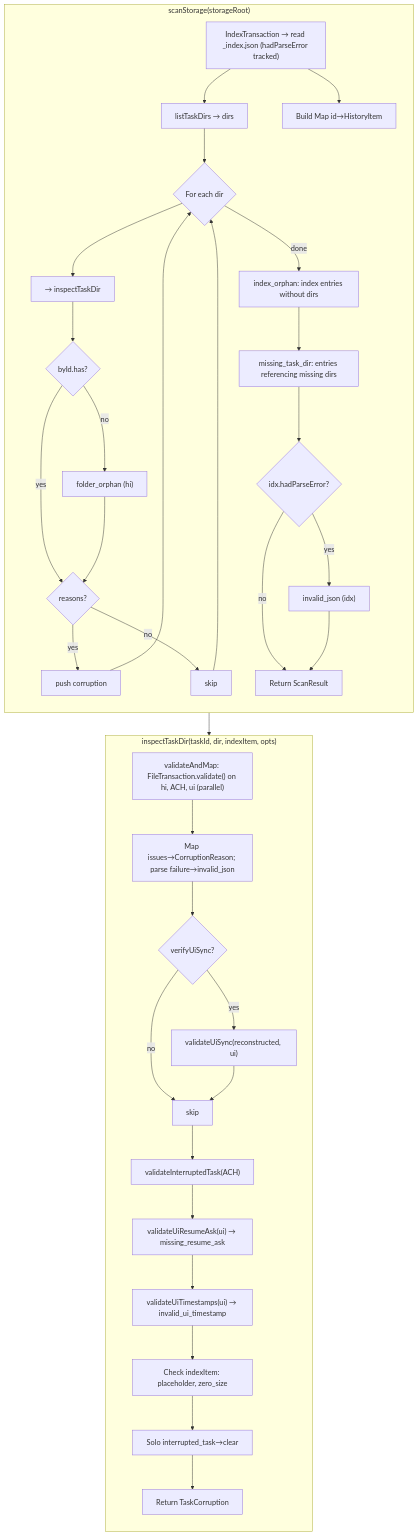
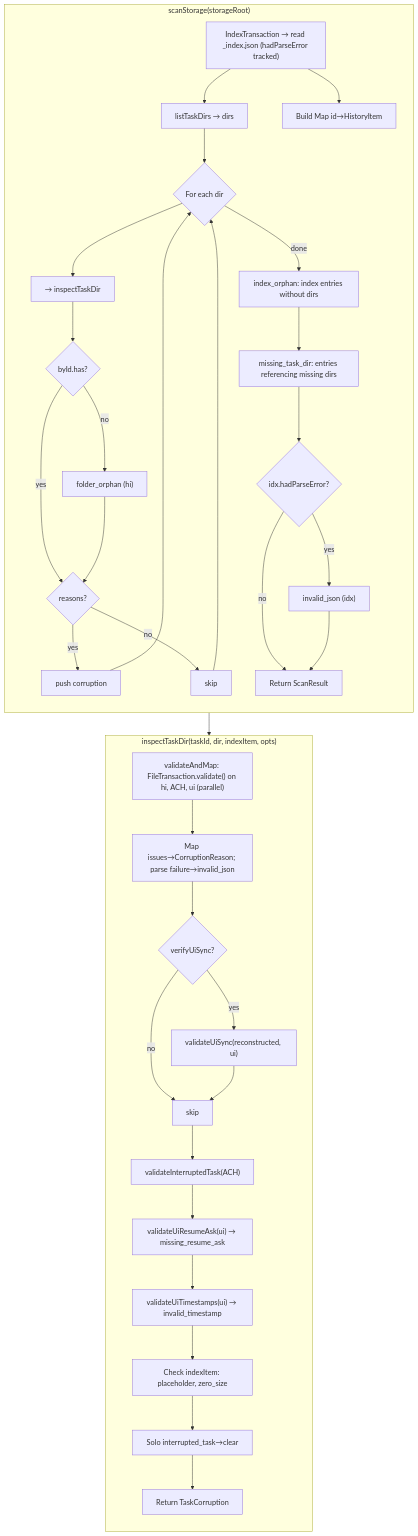
The second of 10 diagrams in SPECIFICATION.md (metaworx/zoo-code-history-repair), drawn with Mermaid before and after one commit. The commit also changed other lines of this file and 20 other files, not shown here.

First line of the commit message:
[FIX] v0.8.5: Detect and repair non-epoch history_item ts (generalized invalid_timestamp)

````diff
--- a/SPECIFICATION.md
+++ b/SPECIFICATION.md
@@ -414,43 +416,43 @@
 ```mermaid
 flowchart TB
     subgraph scan["scanStorage(storageRoot)"]
         direction TB
         A["IndexTransaction → read _index.json (hadParseError tracked)"]
         A --> B["listTaskDirs → dirs"]
         A --> C["Build Map id→HistoryItem"]
         B --> D{"For each dir"}
         D --> E["→ inspectTaskDir"]
         E --> F{"byId.has?"}
         F -->|no| G["folder_orphan (hi)"]
         F -->|yes| H{"reasons?"}
         G --> H
         H -->|yes| I["push corruption"]
         H -->|no| J["skip"]
         I --> D
         J --> D
         D -->|done| K["index_orphan: index entries without dirs"]
         K --> L["missing_task_dir: entries referencing missing dirs"]
         L --> M{"idx.hadParseError?"}
         M -->|yes| N["invalid_json (idx)"]
         M -->|no| O["Return ScanResult"]
         N --> O
     end
 
     scan --> inspect
 
     subgraph inspect["inspectTaskDir(taskId, dir, indexItem, opts)"]
         direction TB
         P["validateAndMap: FileTransaction.validate() on hi, ACH, ui (parallel)"]
         P --> Q["Map issues→CorruptionReason; parse failure→invalid_json"]
         Q --> R{"verifyUiSync?"}
         R -->|yes| S["validateUiSync(reconstructed, ui)"]
         R -->|no| T["skip"]
         S --> T
         T --> U["validateInterruptedTask(ACH)"]
         U --> U1["validateUiResumeAsk(ui) → missing_resume_ask"]
-        U1 --> U2["validateUiTimestamps(ui) → invalid_ui_timestamp"]
+        U1 --> U2["validateUiTimestamps(ui) → invalid_timestamp"]
         U2 --> V["Check indexItem: placeholder, zero_size"]
         V --> W["Solo interrupted_task→clear"]
         W --> X["Return TaskCorruption"]
     end
 ```
````
